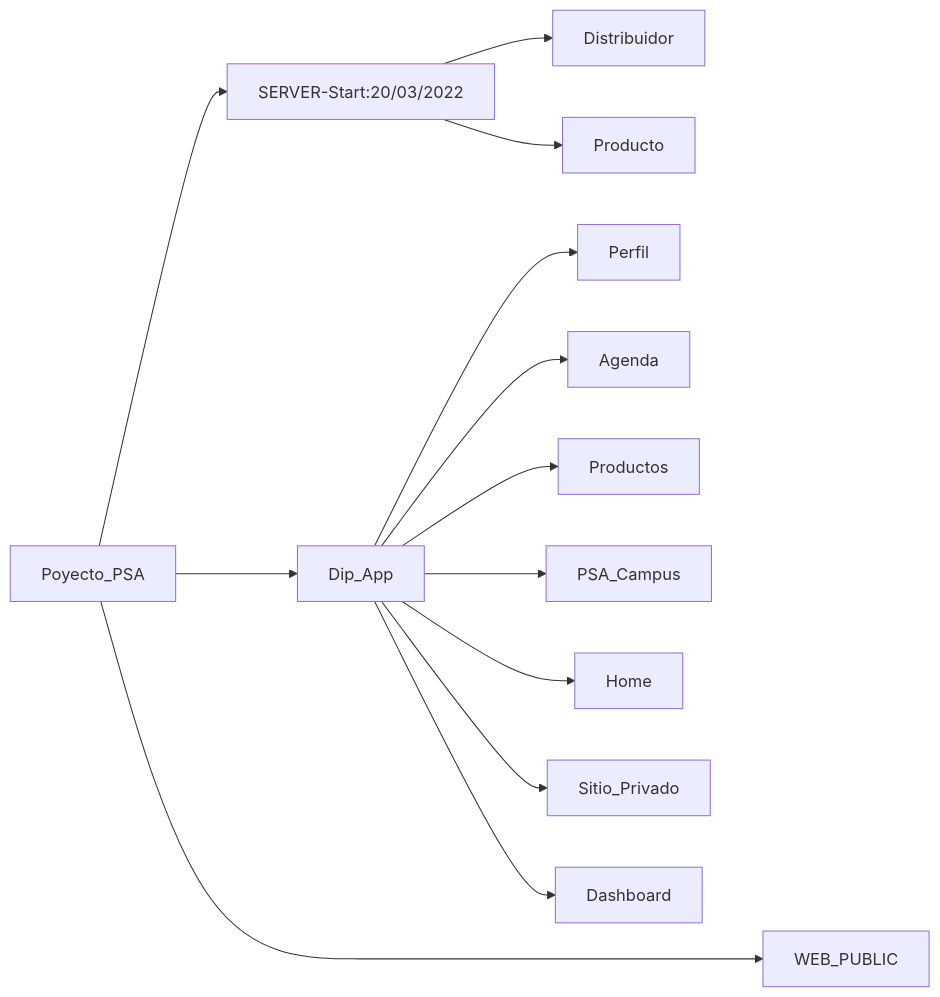
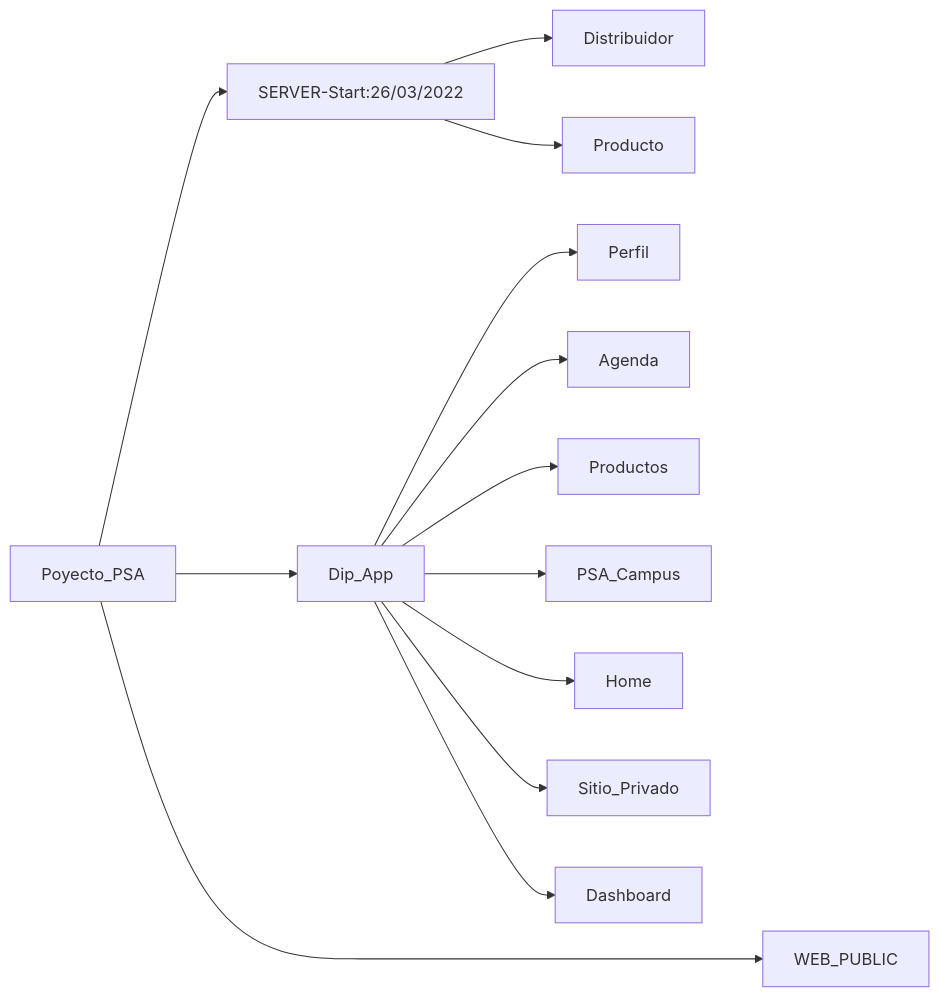
Before and after one commit to Kapelu/Profile: the diagram in README.md, drawn with Mermaid. The commit also changed other lines of this file and 20 other files, not shown here.

````diff
--- a/README.md
+++ b/README.md
@@ -1,13 +1,13 @@
 ```mermaid
 flowchart LR
-    Poyecto_PSA-->SERVER-Start:20/03/2022-->Distribuidor
-    SERVER-Start:20/03/2022-->Producto
+    Poyecto_PSA-->SERVER-Start:26/03/2022-->Distribuidor
+    SERVER-Start:26/03/2022-->Producto
     Poyecto_PSA-->Dip_App-->Perfil
     Dip_App-->Agenda
     Dip_App-->Productos
     Dip_App-->PSA_Campus
     Dip_App-->Home
     Dip_App-->Sitio_Privado
     Dip_App-->Dashboard
     Poyecto_PSA---->WEB_PUBLIC
 ```
````
